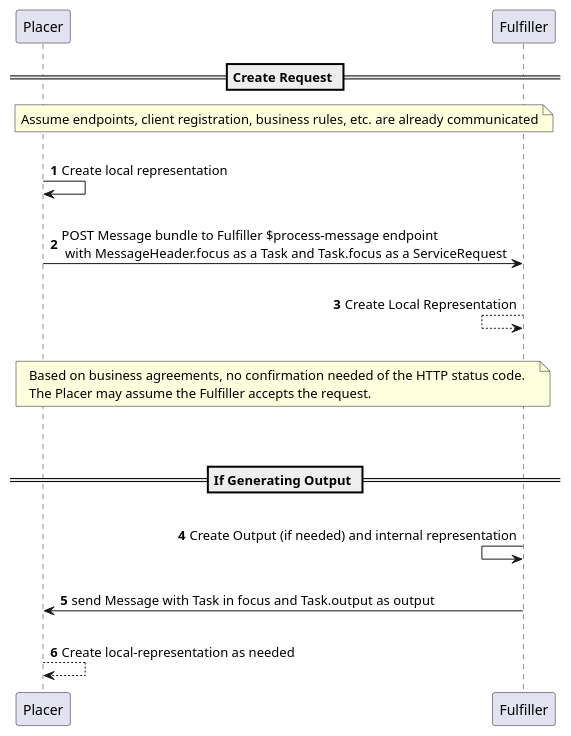
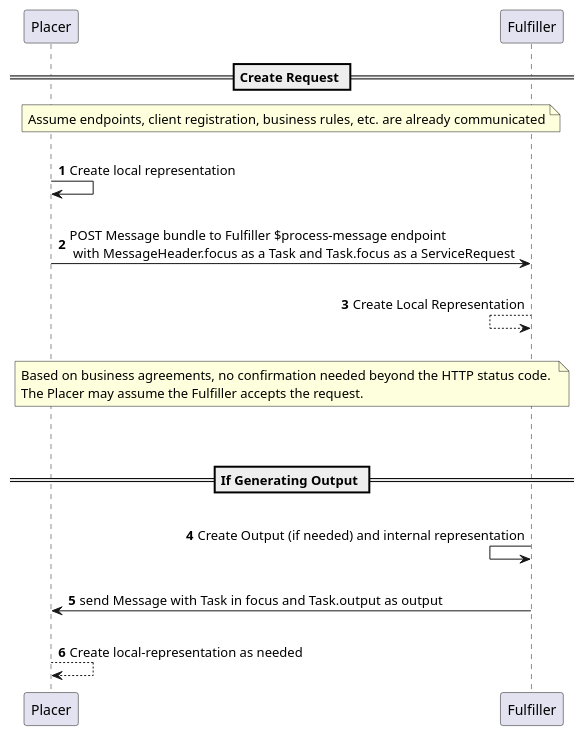
The diagram in input/images-source/messaging-no-decline.plantuml (brianswinkels/fhir-cow-ig), drawn with PlantUML before and after one commit.

```diff
--- a/input/images-source/messaging-no-decline.plantuml
+++ b/input/images-source/messaging-no-decline.plantuml
@@ -1,37 +1,37 @@
 @startuml
 'skinparam svgDimensionStyle false
 autonumber
 
 == Create Request ==
 
 note over Placer,Fulfiller
 Assume endpoints, client registration, business rules, etc. are already communicated
 end note
 
 ||20||
 
 Placer -> Placer : Create local representation
 
 ||20||
 Placer -> Fulfiller : POST Message bundle to Fulfiller $process-message endpoint\n with MessageHeader.focus as a Task and Task.focus as a ServiceRequest
 
 ||20||
 Fulfiller <-- Fulfiller: Create Local Representation
 
 ||20||
 
 note over Placer,Fulfiller
-Based on business agreements, no confirmation needed of the HTTP status code. 
+Based on business agreements, no confirmation needed beyond the HTTP status code. 
 The Placer may assume the Fulfiller accepts the request. 
 end note
 
 ||45||
 
 == If Generating Output == 
 ||20||
 Fulfiller <- Fulfiller : Create Output (if needed) and internal representation
 ||20||
 Placer <- Fulfiller: send Message with Task in focus and Task.output as output
 ||20||
 Placer --> Placer : Create local-representation as needed
 @enduml
```
